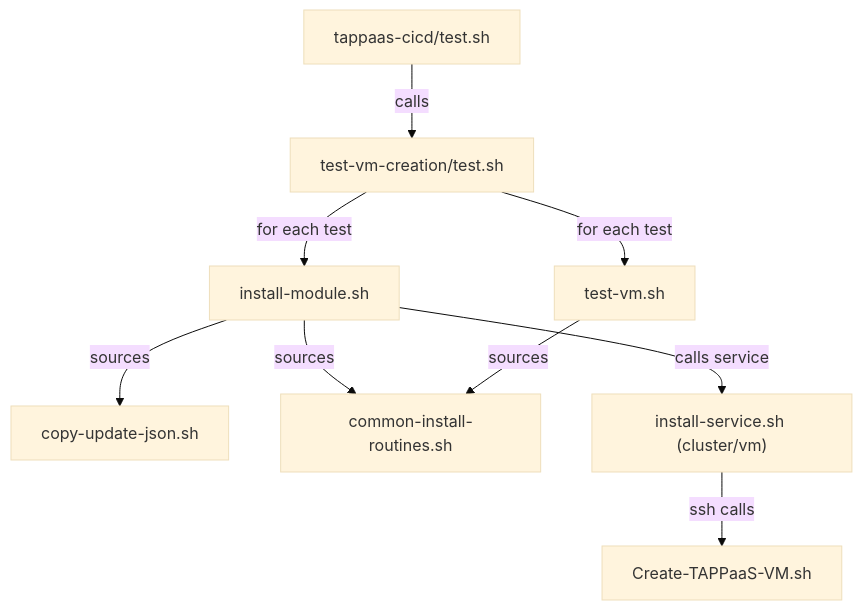
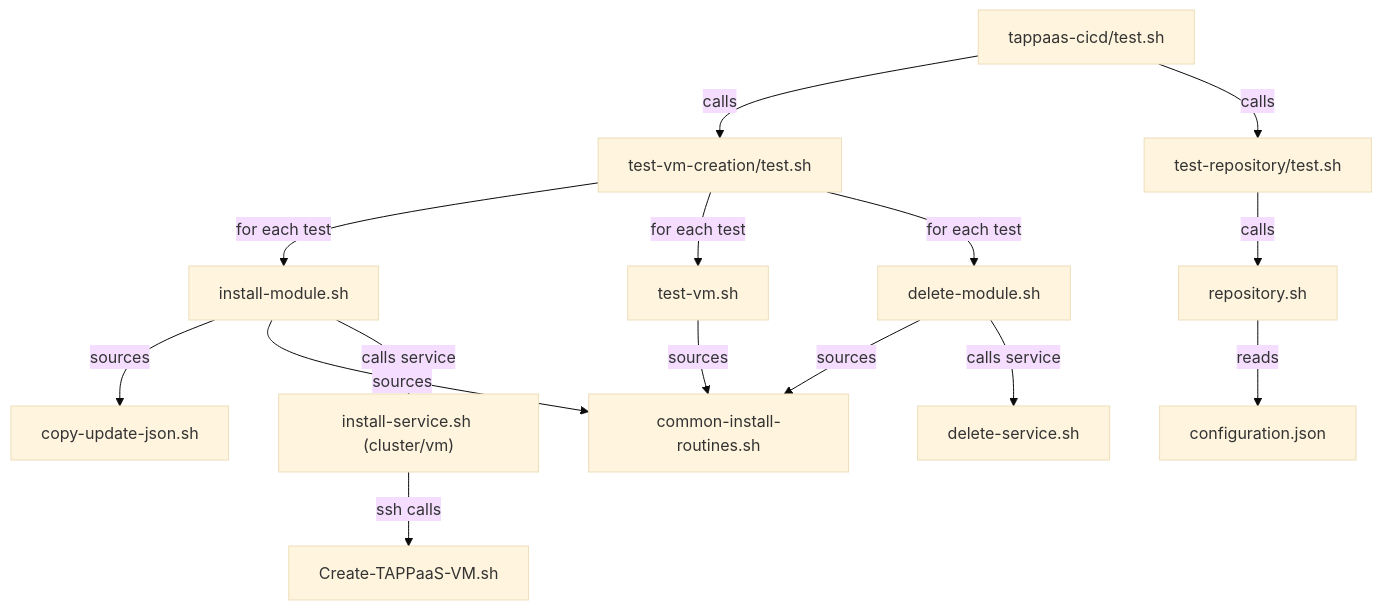
Before and after one commit to TAPPaaS/TAPPaaS: the fifth of 11 diagrams in src/foundation/DEPENDENCIES.md, drawn with Mermaid (base theme). The commit also changed other lines of this file and 4 other files, not shown here.

````diff
--- a/src/foundation/DEPENDENCIES.md
+++ b/src/foundation/DEPENDENCIES.md
@@ -147,14 +189,22 @@
 ```mermaid
 graph TD
-    A[tappaas-cicd/test.sh] -->|calls| B[test-vm-creation/test.sh]
+    A["tappaas-cicd/test.sh"] -->|calls| B["test-vm-creation/test.sh"]
+    A -->|calls| BR["test-repository/test.sh"]
 
     B -->|for each test| C[install-module.sh]
     B -->|for each test| D[test-vm.sh]
+    B -->|for each test| DM[delete-module.sh]
+
+    BR -->|calls| REP[repository.sh]
+    REP -->|reads| CONF[configuration.json]
 
     C -->|sources| E[copy-update-json.sh]
     C -->|sources| F[common-install-routines.sh]
     C -->|calls service| G["install-service.sh (cluster/vm)"]
     G -->|ssh calls| H[Create-TAPPaaS-VM.sh]
 
     D -->|sources| F
+
+    DM -->|sources| F
+    DM -->|calls service| DS["delete-service.sh"]
 ```
````
